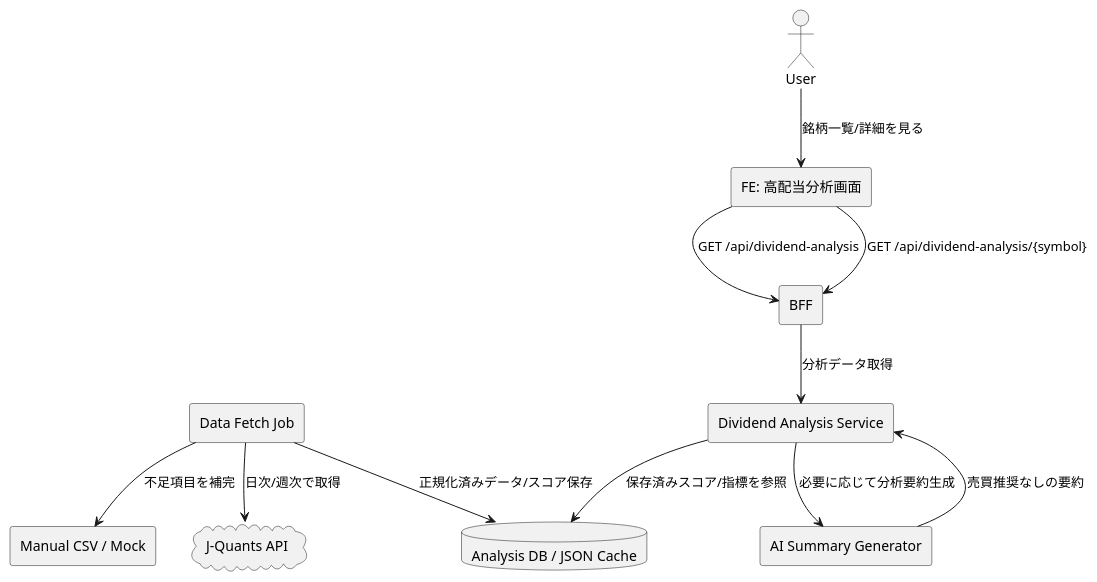
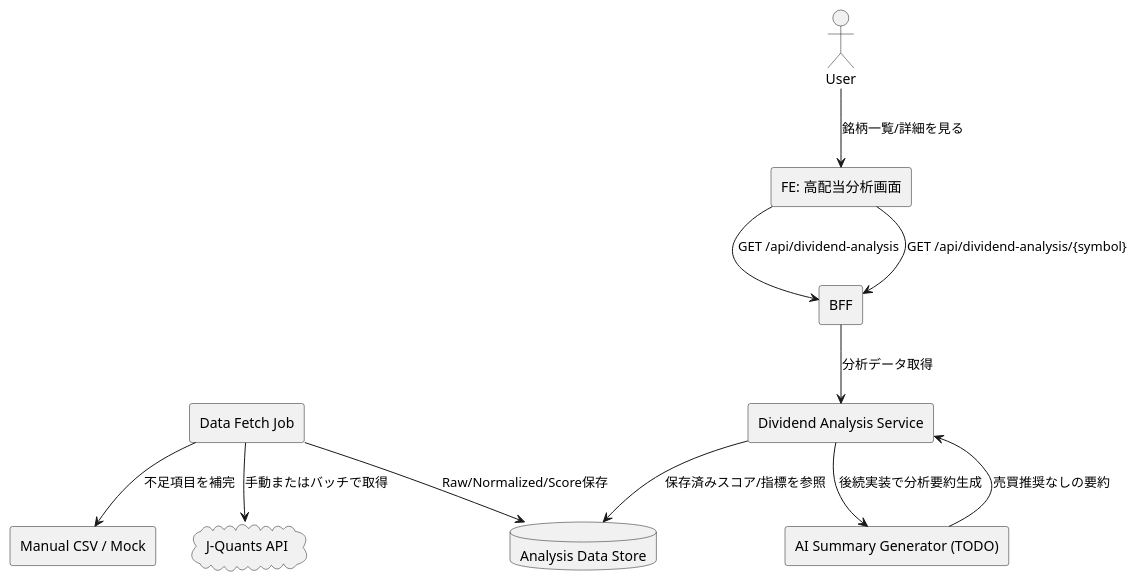
The diagram in planning/20260626-high-dividend-analysis-system-review.md (AIYGIN/business), drawn with PlantUML before and after one commit. The commit also changed other lines of this file and 1 other file, not shown here.

````diff
--- a/planning/20260626-high-dividend-analysis-system-review.md
+++ b/planning/20260626-high-dividend-analysis-system-review.md
@@ -56,24 +56,24 @@
 ```plantuml
 @startuml
 actor User as user
 rectangle "FE: 高配当分析画面" as fe
 rectangle "BFF" as bff
 rectangle "Dividend Analysis Service" as svc
-database "Analysis DB / JSON Cache" as db
+database "Analysis Data Store" as db
 rectangle "Data Fetch Job" as job
 cloud "J-Quants API" as jq
 rectangle "Manual CSV / Mock" as csv
-rectangle "AI Summary Generator" as ai
+rectangle "AI Summary Generator (TODO)" as ai
 
 user --> fe : 銘柄一覧/詳細を見る
 fe --> bff : GET /api/dividend-analysis
 fe --> bff : GET /api/dividend-analysis/{symbol}
 bff --> svc : 分析データ取得
 svc --> db : 保存済みスコア/指標を参照
-svc --> ai : 必要に応じて分析要約生成
+svc --> ai : 後続実装で分析要約生成
 ai --> svc : 売買推奨なしの要約
-job --> jq : 日次/週次で取得
+job --> jq : 手動またはバッチで取得
 job --> csv : 不足項目を補完
-job --> db : 正規化済みデータ/スコア保存
+job --> db : Raw/Normalized/Score保存
 @enduml
 ```
````
